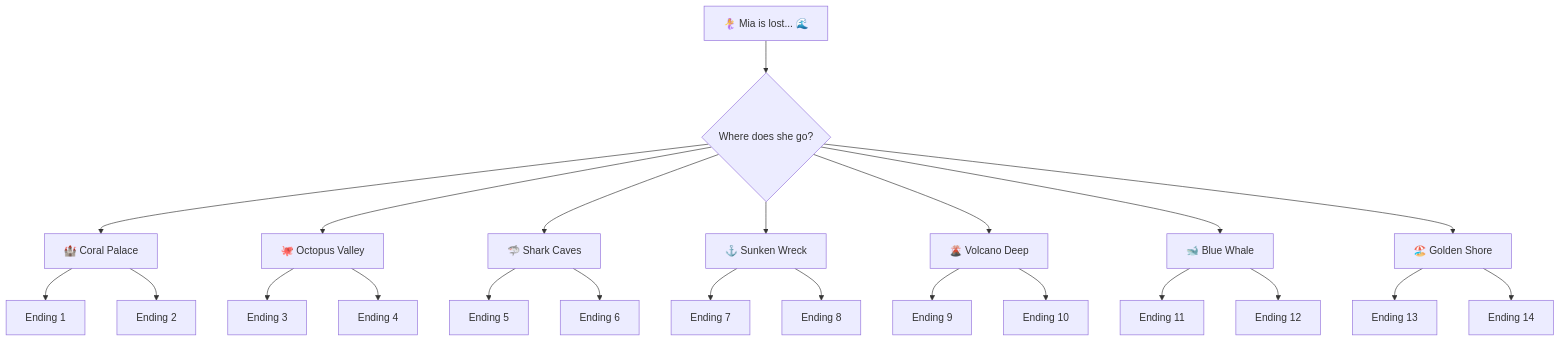
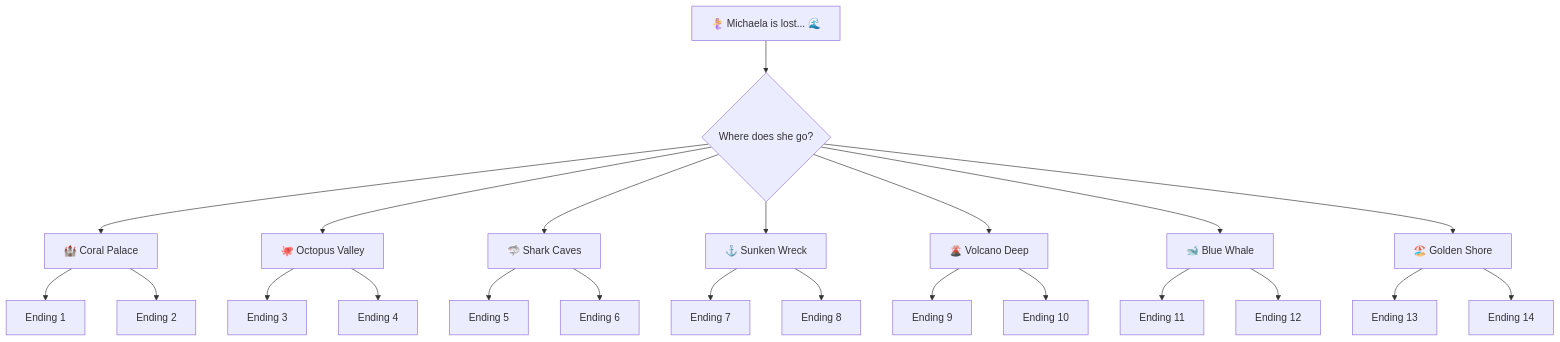
The diagram in README.md (DaCameraGirl/sea-drifter), drawn with Mermaid before and after one commit. The commit also changed other lines of this file and 5 other files, not shown here.

Commit message:
Rename Mia to Michaela

````diff
--- a/README.md
+++ b/README.md
@@ -81,18 +81,18 @@
 ```mermaid
 graph TD
-    A["🧜‍♀️ Mia is lost... 🌊"] --> B{"Where does she go?"}
+    A["🧜‍♀️ Michaela is lost... 🌊"] --> B{"Where does she go?"}
     B --> C["🏰 Coral Palace"]
     B --> D["🐙 Octopus Valley"]
     B --> E["🦈 Shark Caves"]
     B --> F["⚓ Sunken Wreck"]
     B --> G["🌋 Volcano Deep"]
     B --> H["🐋 Blue Whale"]
     B --> I["🏖️ Golden Shore"]
     C --> C1["Ending 1"] & C2["Ending 2"]
     D --> D1["Ending 3"] & D2["Ending 4"]
     E --> E1["Ending 5"] & E2["Ending 6"]
     F --> F1["Ending 7"] & F2["Ending 8"]
     G --> G1["Ending 9"] & G2["Ending 10"]
     H --> H1["Ending 11"] & H2["Ending 12"]
     I --> I1["Ending 13"] & I2["Ending 14"]
 ```
````
